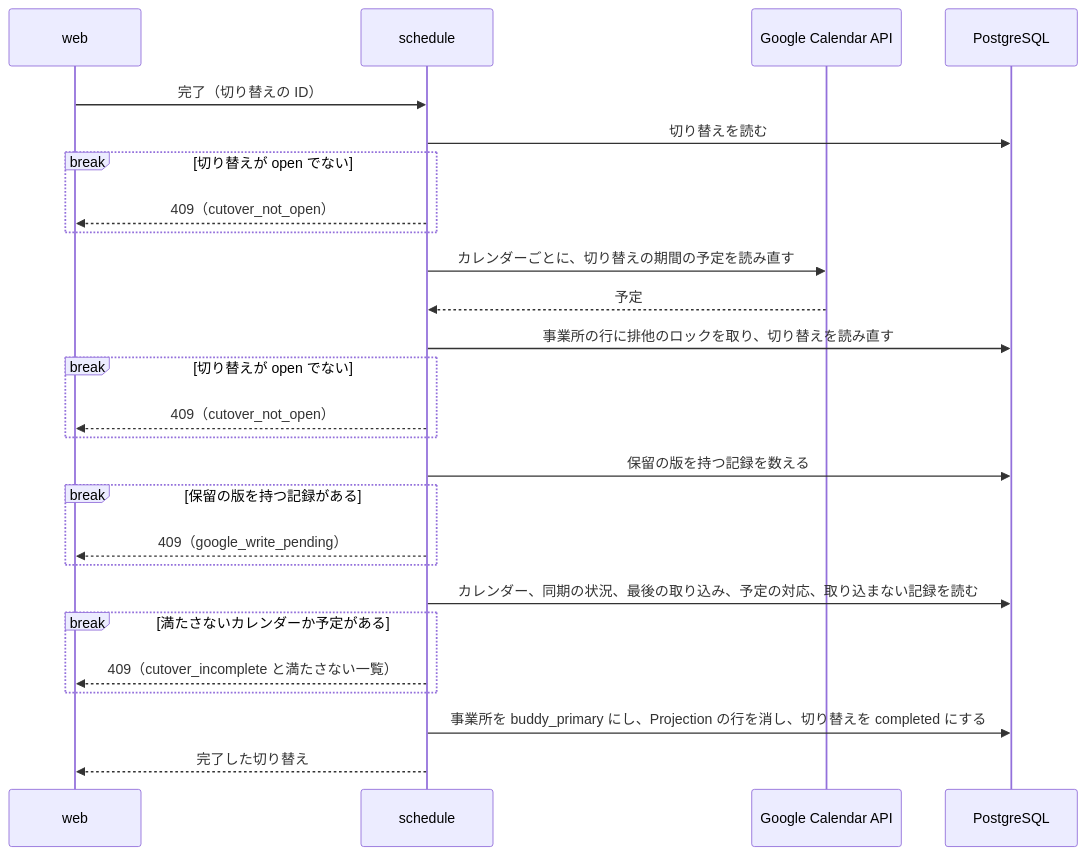
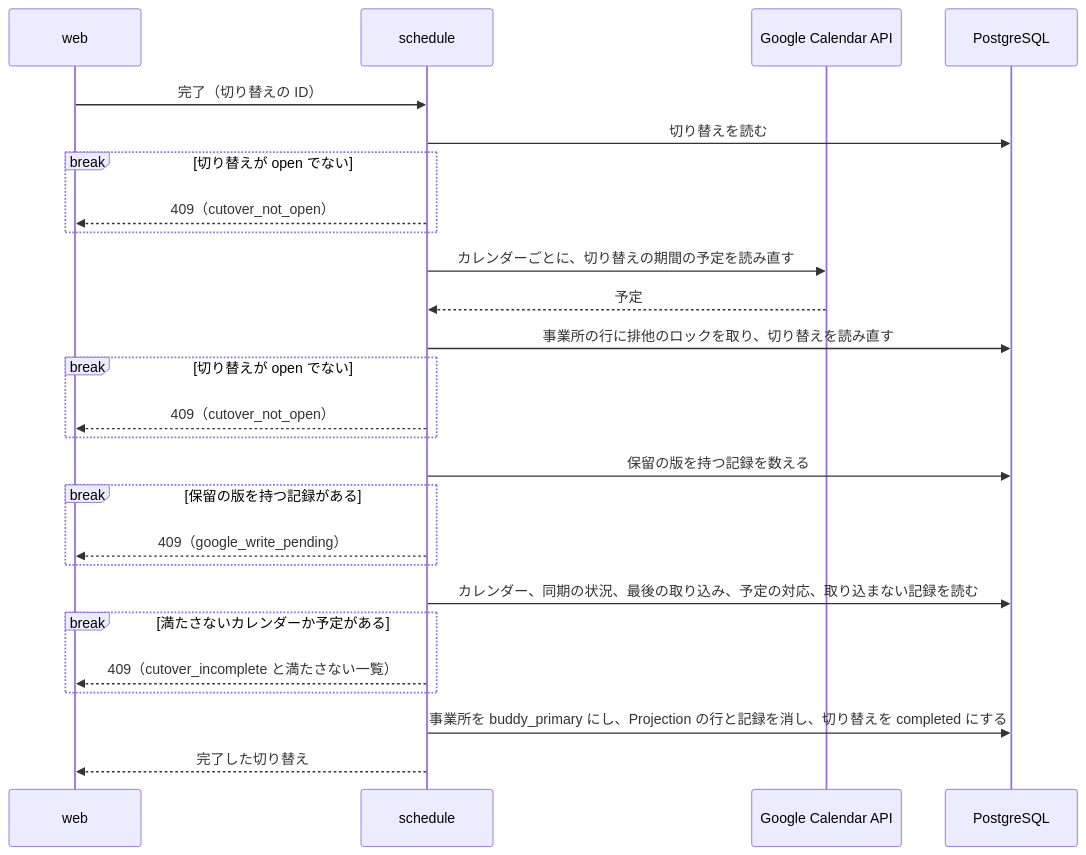
One commit to Fukuemon/buddy changed the second of 8 diagrams in services/schedule/internal/features/calendar/DesignDoc.md. Above: the diagram before and after it, drawn with Mermaid. The commit also changed other lines of this file, not shown here.

````diff
--- a/services/schedule/internal/features/calendar/DesignDoc.md
+++ b/services/schedule/internal/features/calendar/DesignDoc.md
@@ -370,28 +374,28 @@
 ```mermaid
 sequenceDiagram
   participant web
   participant api as schedule
   participant g as Google Calendar API
   participant db as PostgreSQL
   web->>api: 完了（切り替えの ID）
   api->>db: 切り替えを読む
   break 切り替えが open でない
     api-->>web: 409（cutover_not_open）
   end
   api->>g: カレンダーごとに、切り替えの期間の予定を読み直す
   g-->>api: 予定
   api->>db: 事業所の行に排他のロックを取り、切り替えを読み直す
   break 切り替えが open でない
     api-->>web: 409（cutover_not_open）
   end
   api->>db: 保留の版を持つ記録を数える
   break 保留の版を持つ記録がある
     api-->>web: 409（google_write_pending）
   end
   api->>db: カレンダー、同期の状況、最後の取り込み、予定の対応、取り込まない記録を読む
   break 満たさないカレンダーか予定がある
     api-->>web: 409（cutover_incomplete と満たさない一覧）
   end
-  api->>db: 事業所を buddy_primary にし、Projection の行を消し、切り替えを completed にする
+  api->>db: 事業所を buddy_primary にし、Projection の行と記録を消し、切り替えを completed にする
   api-->>web: 完了した切り替え
 ```
````
